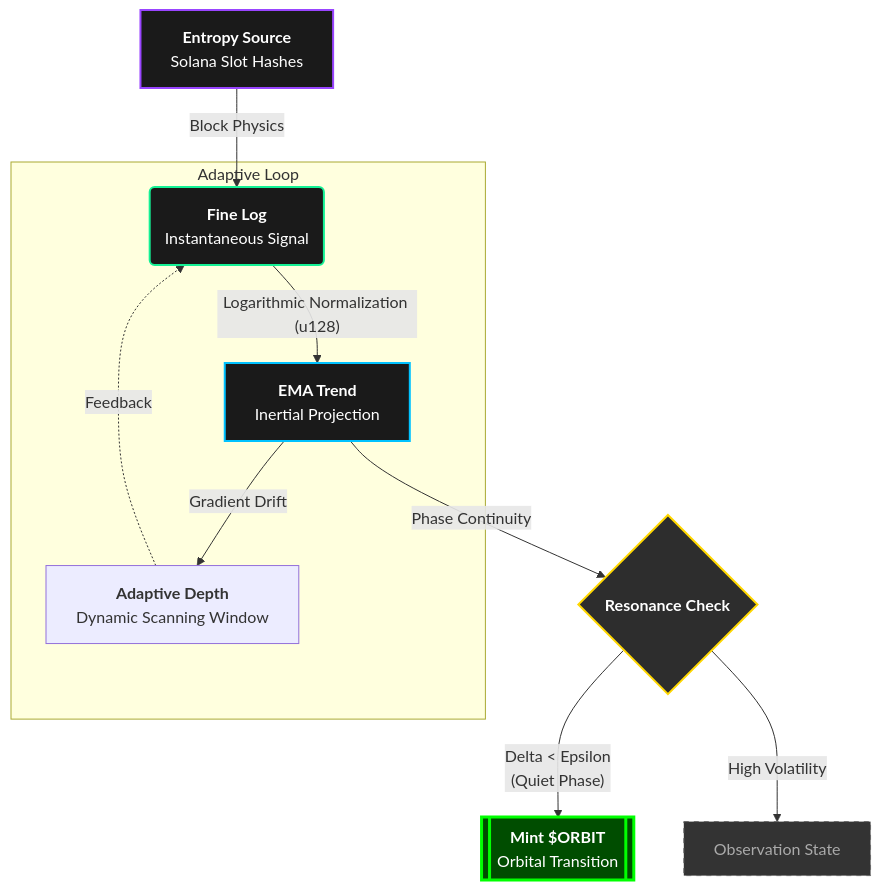
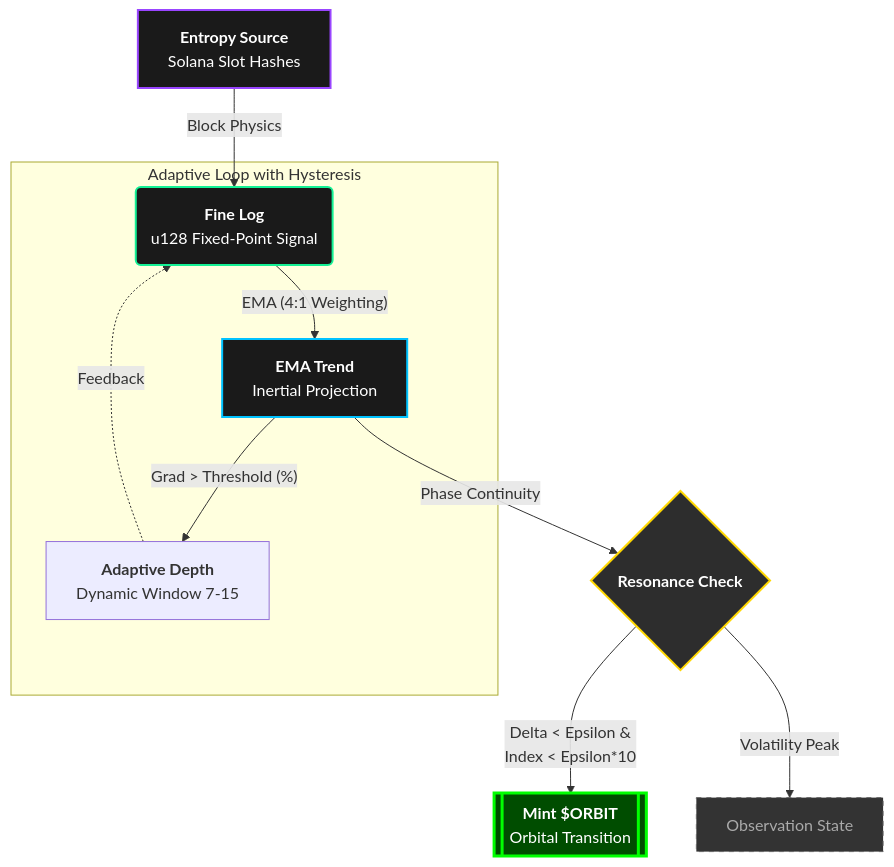
One commit to YYurq/Orbital_Pulse_Blockchain-Proof_of_Pause changed the diagram in README.md. Above: the diagram before and after it, drawn with Mermaid. The commit also changed other lines of this file, not shown here.

````diff
--- a/README.md
+++ b/README.md
@@ -52,25 +55,25 @@
 ```mermaid
 graph TD
     %% Nodes
-    Entropy[<b>Entropy Source</b><br/>Solana Slot Hashes] -- Block Physics --> FineLog(<b>Fine Log</b><br/>Instantaneous Signal)
+    Entropy[<b>Entropy Source</b><br/>Solana Slot Hashes] -- Block Physics --> FineLog(<b>Fine Log</b><br/>u128 Fixed-Point Signal)
     
-    FineLog -- "Logarithmic Normalization (u128)" --> EMA[<b>EMA Trend</b><br/>Inertial Projection]
+    FineLog -- "EMA (4:1 Weighting)" --> EMA[<b>EMA Trend</b><br/>Inertial Projection]
     
-    subgraph Self_Regulation [Adaptive Loop]
-    EMA -- Gradient Drift --> Depth[<b>Adaptive Depth</b><br/>Dynamic Scanning Window]
+    subgraph Self_Regulation [Adaptive Loop with Hysteresis]
+    EMA -- "Grad > Threshold (%)" --> Depth[<b>Adaptive Depth</b><br/>Dynamic Window 7-15]
     Depth -.->|Feedback| FineLog
     end
     
     EMA -- Phase Continuity --> Resonance{<b>Resonance Check</b>}
     
-    Resonance -- "Delta < Epsilon<br/>(Quiet Phase)" --> MintNode[[<b>Mint $ORBIT</b><br/>Orbital Transition]]
-    Resonance -- "High Volatility" --> Observe[Observation State]
+    Resonance -- "Delta < Epsilon &<br/>Index < Epsilon*10" --> MintNode[[<b>Mint $ORBIT</b><br/>Orbital Transition]]
+    Resonance -- "Volatility Peak" --> Observe[Observation State]
     
     %% Styling
     style Entropy fill:#1a1a1a,stroke:#9945FF,stroke-width:2px,color:#fff
     style FineLog fill:#1a1a1a,stroke:#14F195,stroke-width:2px,color:#fff
     style EMA fill:#1a1a1a,stroke:#00C2FF,stroke-width:2px,color:#fff
     style Resonance fill:#2d2d2d,stroke:#FFD700,stroke-width:2px,color:#fff
     style MintNode fill:#004d00,stroke:#00ff00,stroke-width:3px,color:#fff
     style Observe fill:#333,stroke:#666,stroke-dasharray: 5 5,color:#aaa
 ```
````
